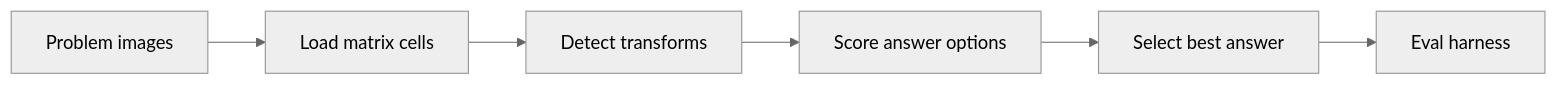
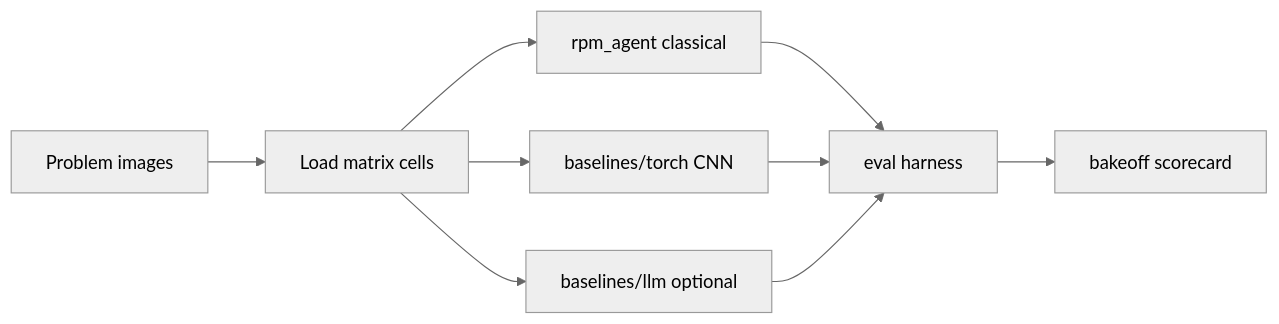
The diagram in README.md (kchebs/visual-analogy-agent), drawn with Mermaid (neutral theme) before and after one commit. The commit also changed other lines of this file and 14 other files, not shown here.

First line of the commit message:
Add classical/torch/LLM bakeoff baselines and scorecard eval.

````diff
--- a/README.md
+++ b/README.md
@@ -37,8 +60,11 @@
 ```mermaid
 flowchart LR
   problems[Problem images] --> load[Load matrix cells]
-  load --> detect[Detect transforms]
-  detect --> score[Score answer options]
-  score --> pick[Select best answer]
-  pick --> grade[Eval harness]
+  load --> classical[rpm_agent classical]
+  load --> torchb[baselines/torch CNN]
+  load --> llmb[baselines/llm optional]
+  classical --> harness[eval harness]
+  torchb --> harness
+  llmb --> harness
+  harness --> scorecard[bakeoff scorecard]
 ```
````
